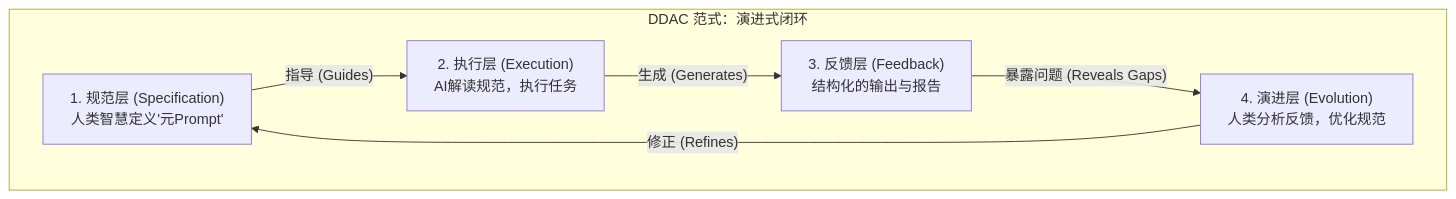
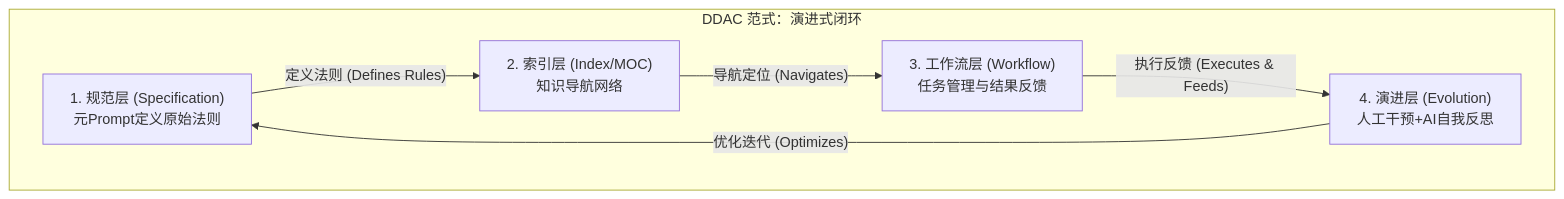
Before and after one commit to ArnoFrost/DDAC: the first of 2 diagrams in README.md, drawn with Mermaid. The commit also changed other lines of this file and 40 other files, not shown here.

````diff
--- a/README.md
+++ b/README.md
@@ -124,14 +75,14 @@
 ```mermaid
 graph TD
     subgraph "DDAC 范式：演进式闭环"
-        A -- "指导 (Guides)" --> B;
-        B -- "生成 (Generates)" --> C;
-        C -- "暴露问题 (Reveals Gaps)" --> D;
-        D -- "修正 (Refines)" --> A;
+        A -- "定义法则 (Defines Rules)" --> B;
+        B -- "导航定位 (Navigates)" --> C;
+        C -- "执行反馈 (Executes & Feeds)" --> D;
+        D -- "优化迭代 (Optimizes)" --> A;
     end
 
-    A["1. 规范层 (Specification)<br>人类智慧定义'元Prompt'"]
-    B["2. 执行层 (Execution)<br>AI解读规范，执行任务"]
-    C["3. 反馈层 (Feedback)<br>结构化的输出与报告"]
-    D["4. 演进层 (Evolution)<br>人类分析反馈，优化规范"]
+    A["1. 规范层 (Specification)<br>元Prompt定义原始法则"]
+    B["2. 索引层 (Index/MOC)<br>知识导航网络"]
+    C["3. 工作流层 (Workflow)<br>任务管理与结果反馈"]
+    D["4. 演进层 (Evolution)<br>人工干预+AI自我反思"]
 ```
````
